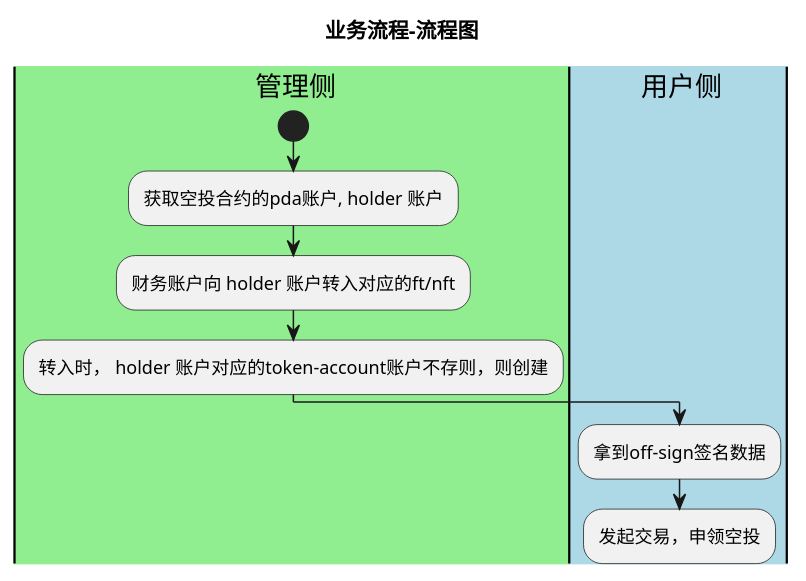
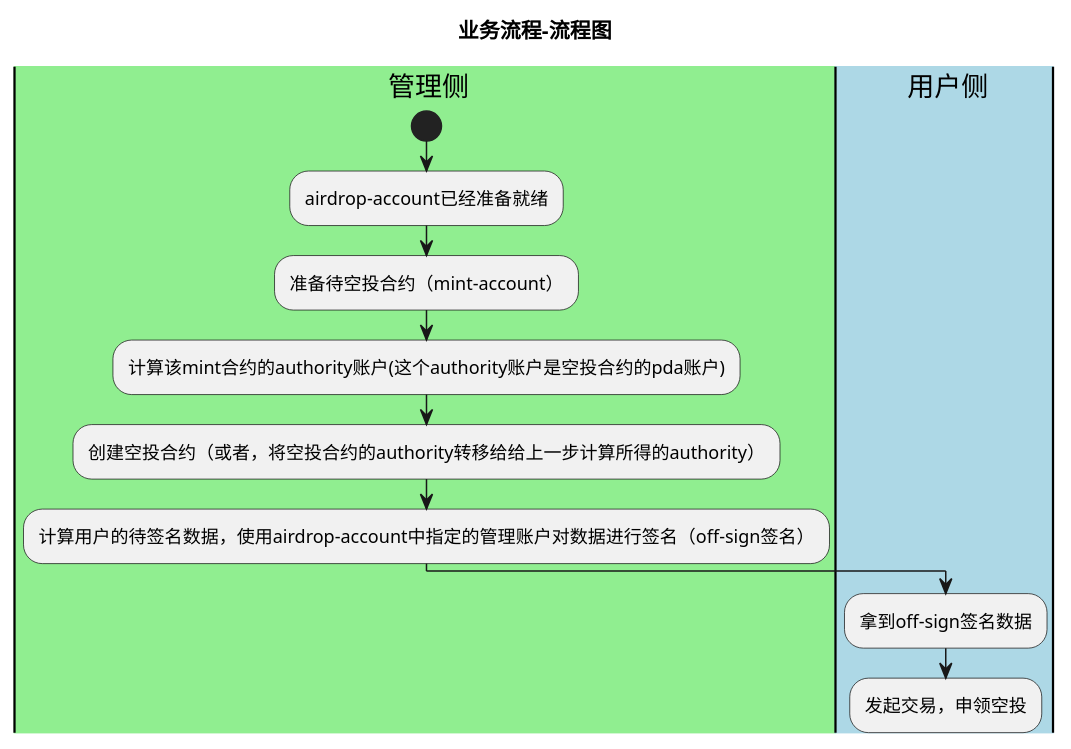
One commit to wanggeng01041454/solana-airdrop changed the second of 2 diagrams in docs/solana-airdrop-arch.puml. Above: the diagram before and after it, drawn with PlantUML. The commit also changed other lines of this file and 10 other files, not shown here.

```diff
--- a/docs/solana-airdrop-arch.puml
+++ b/docs/solana-airdrop-arch.puml
@@ -23,21 +80,25 @@
 @startuml 02.业务流程
   title 业务流程-流程图
 
 |#LightGreen|manage| 管理侧
 |#LightBlue|user| 用户侧
 
 |manage|
   start
 
-  :获取空投合约的pda账户, holder 账户;
+  :airdrop-account已经准备就绪;
 
-  :财务账户向 holder 账户转入对应的ft/nft;
+  :准备待空投合约（mint-account）;
 
-  :转入时， holder 账户对应的token-account账户不存则，则创建;
+  :计算该mint合约的authority账户(这个authority账户是空投合约的pda账户);
+
+  :创建空投合约（或者，将空投合约的authority转移给给上一步计算所得的authority）;
+
+  :计算用户的待签名数据，使用airdrop-account中指定的管理账户对数据进行签名（off-sign签名）;
 
 |user|
   :拿到off-sign签名数据;
 
   :发起交易，申领空投;
 
 @enduml
```
